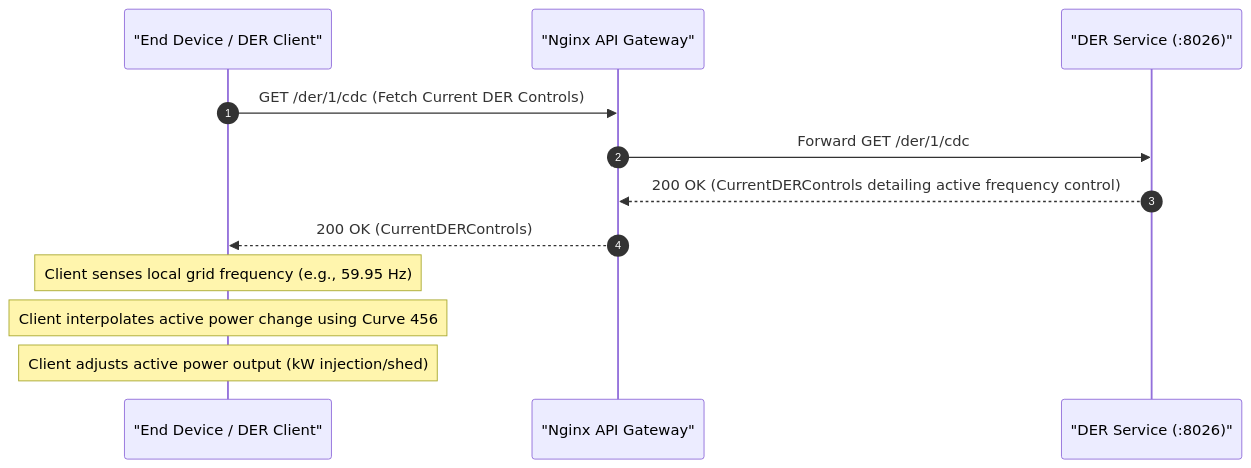
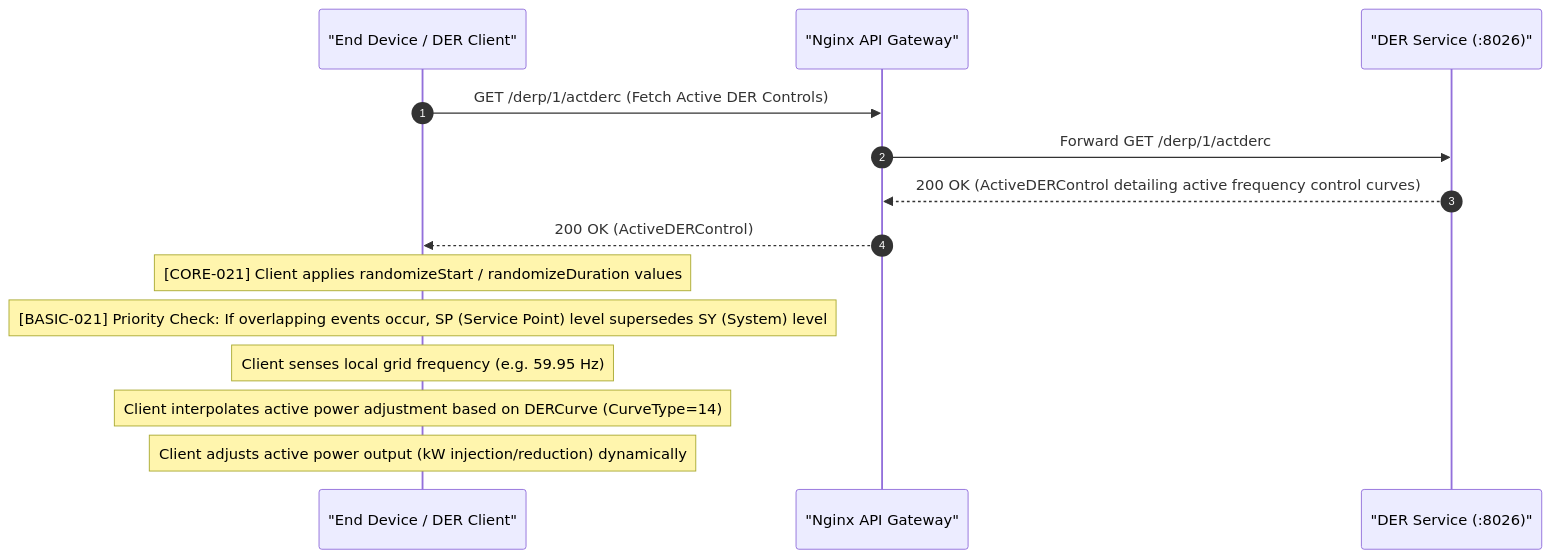
Before and after one commit to Tylores/egot: the fourth of 6 diagrams in lifecycles/frequency_response.md, drawn with Mermaid. The commit also changed other lines of this file and 68 other files, not shown here.

Commit message:
refactor: migrate to microservices architecture, add validation tools and scenario tests

````diff
--- a/lifecycles/frequency_response.md
+++ b/lifecycles/frequency_response.md
@@ -81,16 +122,18 @@
 ```mermaid
 sequenceDiagram
     autonumber
     participant Client as "End Device / DER Client"
     participant GW as "Nginx API Gateway"
     participant DER as "DER Service (:8026)"
 
-    Client->>GW: GET /der/1/cdc (Fetch Current DER Controls)
-    GW->>DER: Forward GET /der/1/cdc
-    DER-->>GW: 200 OK (CurrentDERControls detailing active frequency control)
-    GW-->>Client: 200 OK (CurrentDERControls)
+    Client->>GW: GET /derp/1/actderc (Fetch Active DER Controls)
+    GW->>DER: Forward GET /derp/1/actderc
+    DER-->>GW: 200 OK (ActiveDERControl detailing active frequency control curves)
+    GW-->>Client: 200 OK (ActiveDERControl)
 
-    Note over Client: Client senses local grid frequency (e.g., 59.95 Hz)
-    Note over Client: Client interpolates active power change using Curve 456
-    Note over Client: Client adjusts active power output (kW injection/shed)
+    Note over Client: [CORE-021] Client applies randomizeStart / randomizeDuration values
+    Note over Client: [BASIC-021] Priority Check: If overlapping events occur, SP (Service Point) level supersedes SY (System) level
+    Note over Client: Client senses local grid frequency (e.g. 59.95 Hz)
+    Note over Client: Client interpolates active power adjustment based on DERCurve (CurveType=14)
+    Note over Client: Client adjusts active power output (kW injection/reduction) dynamically
 ```
````
